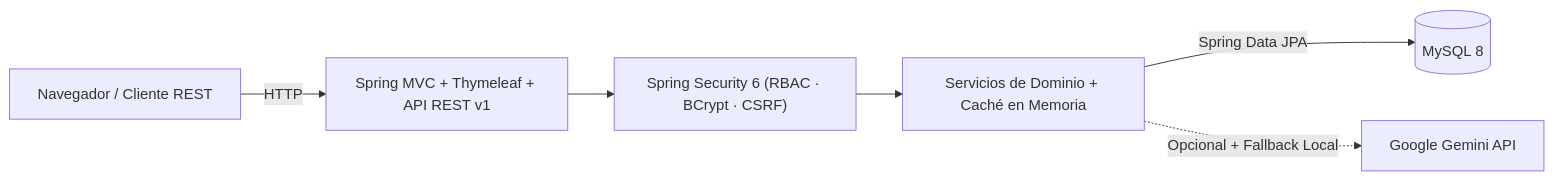
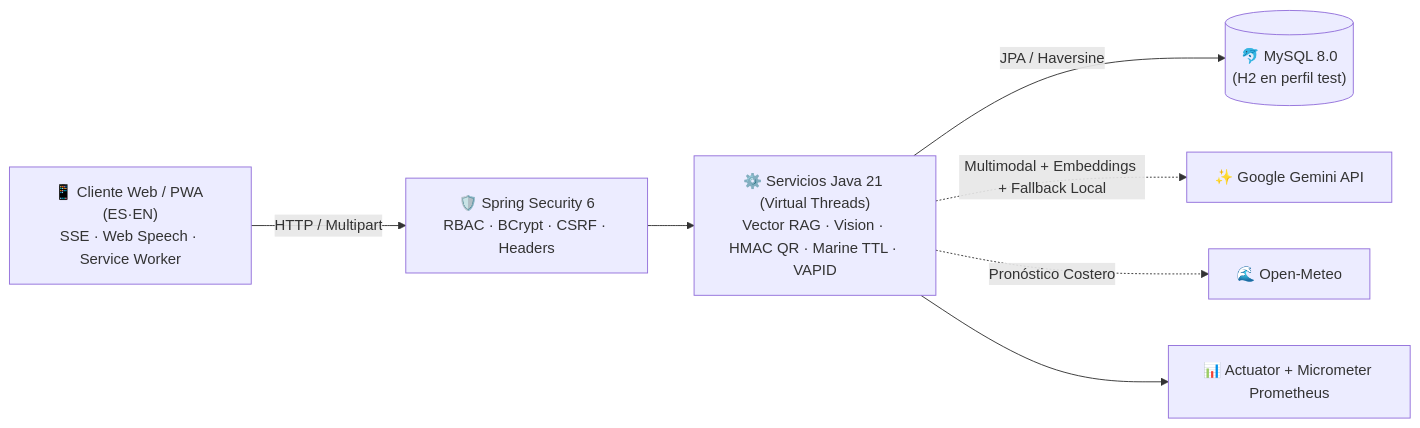
One commit to josezambranol/Odyssey changed the diagram in README.md. Above: the diagram before and after it, drawn with Mermaid. The commit also changed other lines of this file and 31 other files, not shown here.

Commit message:
feat(v5.0): Multimodal Vision Price Shield, HMAC-SHA256 QR Passes + RNT, JaCoCo Docker CI & clean Thymeleaf 3.1

````diff
--- a/README.md
+++ b/README.md
@@ -29,8 +29,9 @@
 ```mermaid
 flowchart LR
-    Client["Navegador / Cliente REST"] -->|HTTP| Web["Spring MVC + Thymeleaf + API REST v1"]
-    Web --> Sec["Spring Security 6 (RBAC · BCrypt · CSRF)"]
-    Sec --> Services["Servicios de Dominio + Caché en Memoria"]
-    Services -->|Spring Data JPA| MySQL[("MySQL 8")]
-    Services -.->|Opcional + Fallback Local| Gemini["Google Gemini API"]
+    PWA["📱 Cliente Web / PWA (ES·EN)\nSSE · Web Speech · Service Worker"] -->|HTTP / Multipart| SEC["🛡️ Spring Security 6\nRBAC · BCrypt · CSRF · Headers"]
+    SEC --> CORE["⚙️ Servicios Java 21 (Virtual Threads)\nVector RAG · Vision · HMAC QR · Marine TTL · VAPID"]
+    CORE -->|JPA / Haversine| MYSQL[("🐬 MySQL 8.0\n(H2 en perfil test)")]
+    CORE -.->|Multimodal + Embeddings + Fallback Local| GEMINI["✨ Google Gemini API"]
+    CORE -.->|Pronóstico Costero| METEO["🌊 Open-Meteo"]
+    CORE --> OBS["📊 Actuator + Micrometer Prometheus"]
 ```
````
